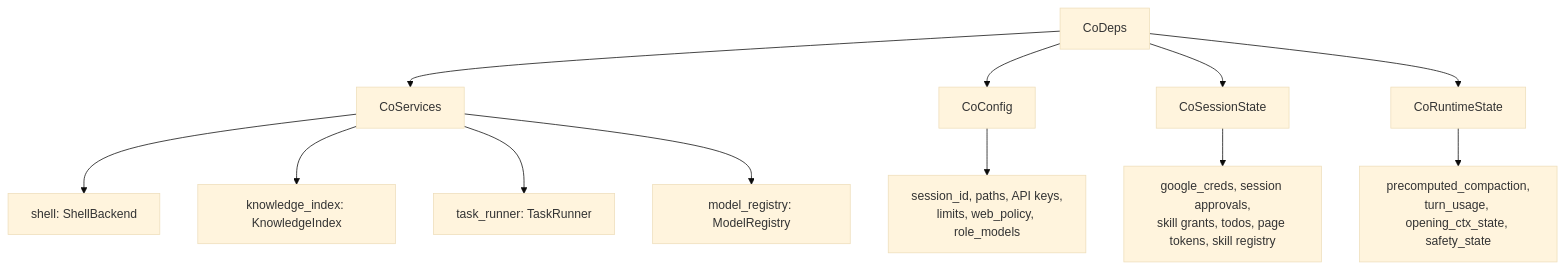
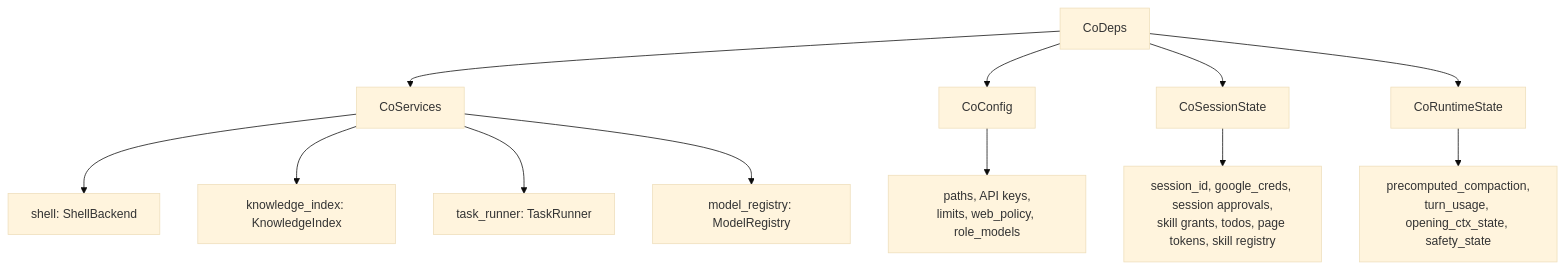
One commit to binlecode/co-cli changed the fourth of 4 diagrams in docs/DESIGN-system.md. Above: the diagram before and after it, drawn with Mermaid (base theme). The commit also changed other lines of this file and 75 other files, not shown here.

````diff
--- a/docs/DESIGN-system.md
+++ b/docs/DESIGN-system.md
@@ -222,16 +225,16 @@
 ```mermaid
 graph TD
     CoDeps --> CoServices
     CoDeps --> CoConfig
     CoDeps --> CoSessionState
     CoDeps --> CoRuntimeState
 
     CoServices --> S1[shell: ShellBackend]
     CoServices --> S2[knowledge_index: KnowledgeIndex]
     CoServices --> S3[task_runner: TaskRunner]
     CoServices --> S4[model_registry: ModelRegistry]
 
-    CoConfig --> C1["session_id, paths, API keys,\nlimits, web_policy, role_models"]
-    CoSessionState --> SE1["google_creds, session approvals,\nskill grants, todos, page tokens, skill registry"]
+    CoConfig --> C1["paths, API keys,\nlimits, web_policy, role_models"]
+    CoSessionState --> SE1["session_id, google_creds, session approvals,\nskill grants, todos, page tokens, skill registry"]
     CoRuntimeState --> R1["precomputed_compaction,\nturn_usage, opening_ctx_state, safety_state"]
 ```
````
